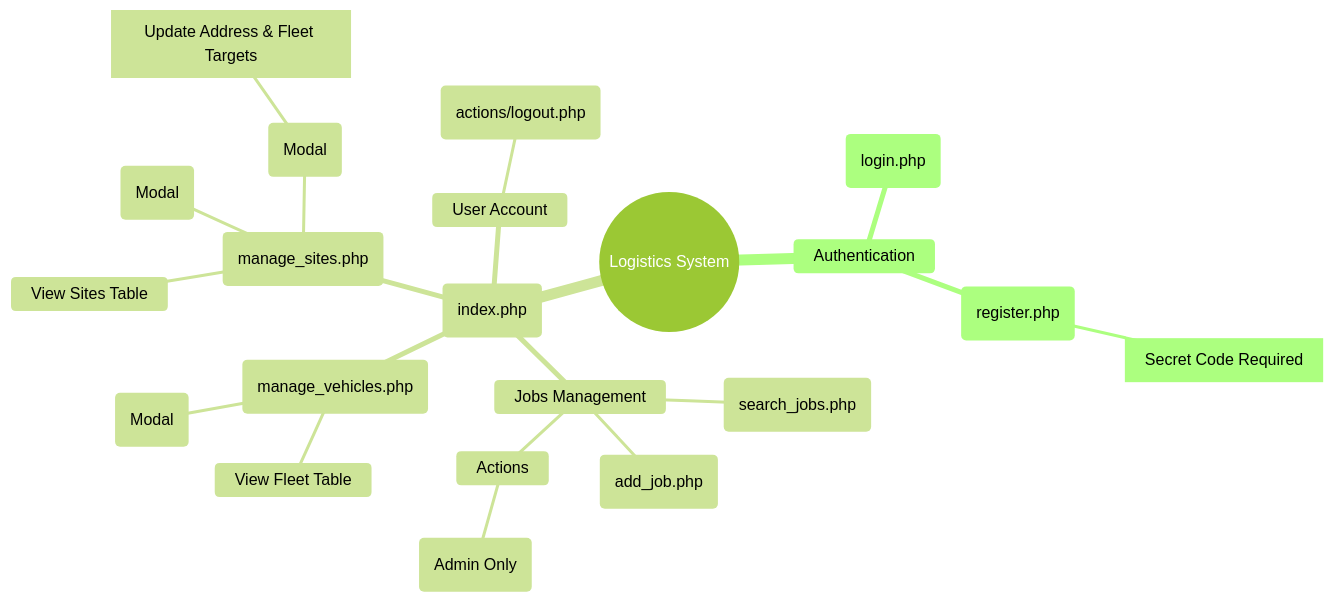
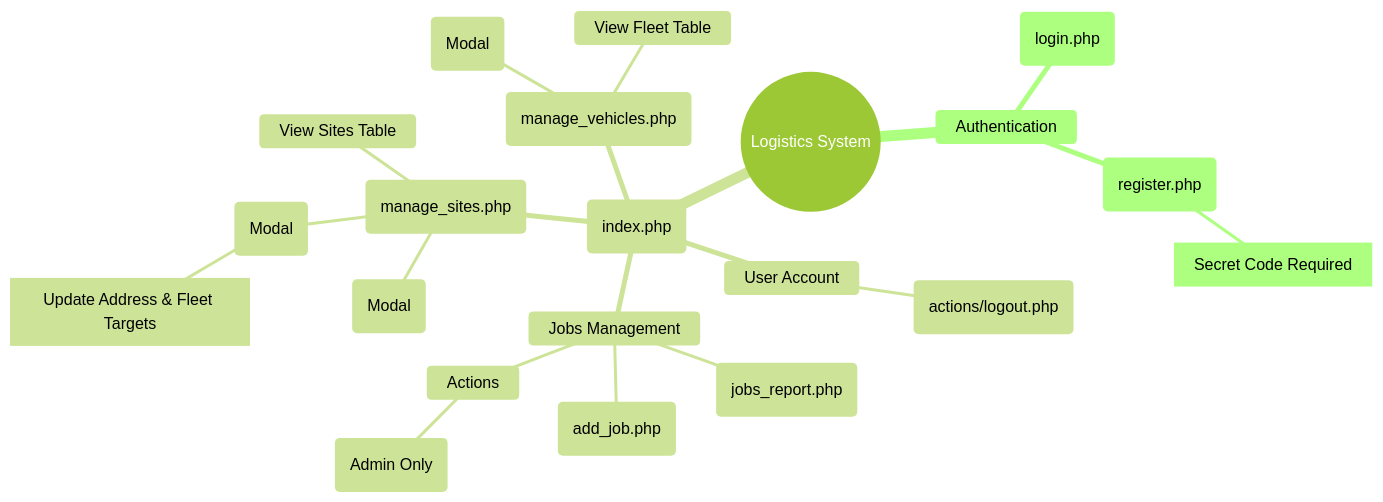
One commit to quietpanda284/logistics_app changed the diagram in project-root/docs/sitemap.mermaid. Above: the diagram before and after it, drawn with Mermaid (forest theme). The commit also changed 10 other files, not shown here.

Commit message:
Renamed Search Jobs to Jobs Report

```diff
--- a/project-root/docs/sitemap.mermaid
+++ b/project-root/docs/sitemap.mermaid
@@ -1,33 +1,33 @@
 mindmap
   root((Logistics System))
     Authentication
       Login Page (login.php)
       Register Page (register.php)
         ::icon(fa fa-key)
         [Secret Code Required]
     
     Dashboard (index.php)
       ::icon(fa fa-home)
       
       Jobs Management
-        View All Jobs (search_jobs.php)
+        View All Jobs (jobs_report.php)
         Create Job (add_job.php)
         Actions
             ::icon(fa fa-cogs)
             Delete Job (Admin Only)
       
       Site Management (manage_sites.php)
         View Sites Table
         Add Site (Modal)
         Edit Site (Modal)
             ::icon(fa fa-edit)
             [Update Address & Fleet Targets]
             
       Fleet Management (manage_vehicles.php)
         View Fleet Table
         Add Vehicle (Modal)
             ::icon(fa fa-truck)
       
       User Account
         ::icon(fa fa-user)
         Logout (actions/logout.php)
```
